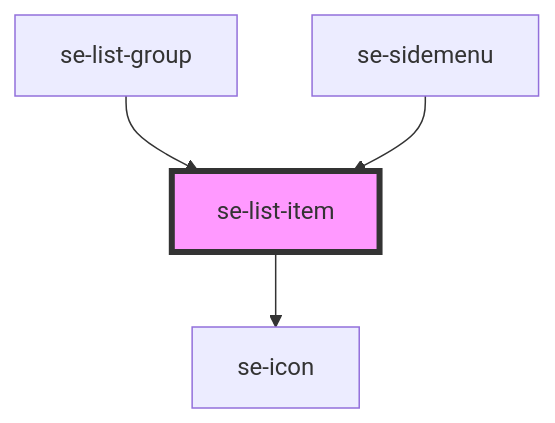
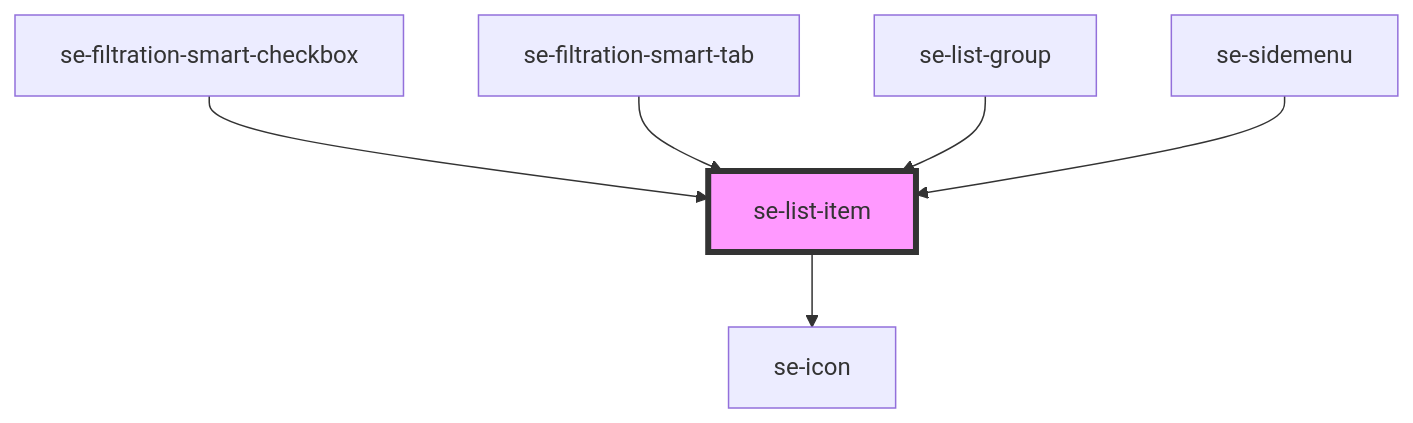
The diagram in libs/core/src/components/list-item/readme.md (robbiemcmullense/se-web-ui), drawn with Mermaid before and after one commit. The commit also changed other lines of this file and 87 other files, not shown here.

First line of the commit message:
Filtration smart (#486)

````diff
--- a/libs/core/src/components/list-item/readme.md
+++ b/libs/core/src/components/list-item/readme.md
@@ -81,7 +83,9 @@
 ```mermaid
 graph TD;
   se-list-item --> se-icon
+  se-filtration-smart-checkbox --> se-list-item
+  se-filtration-smart-tab --> se-list-item
   se-list-group --> se-list-item
   se-sidemenu --> se-list-item
   style se-list-item fill:#f9f,stroke:#333,stroke-width:4px
 ```
````
